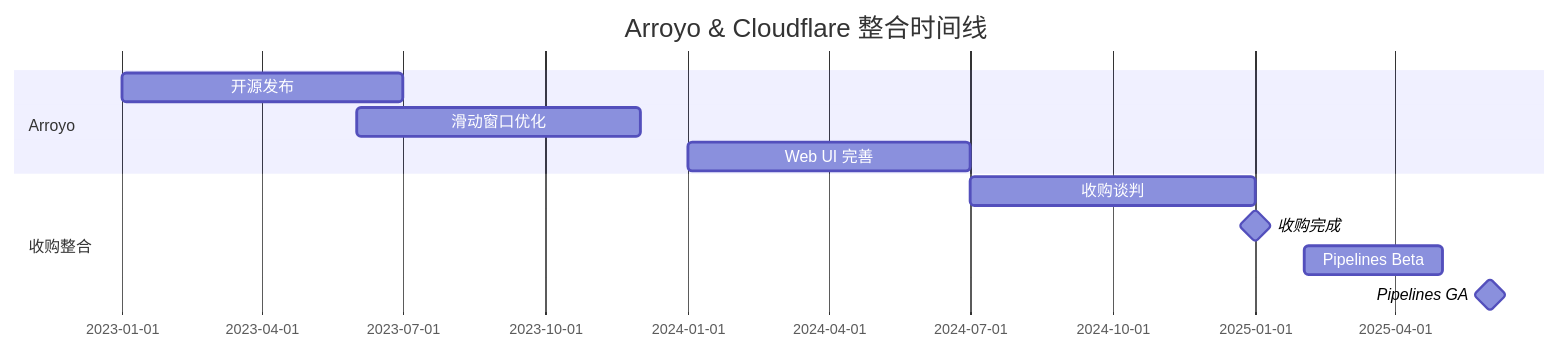
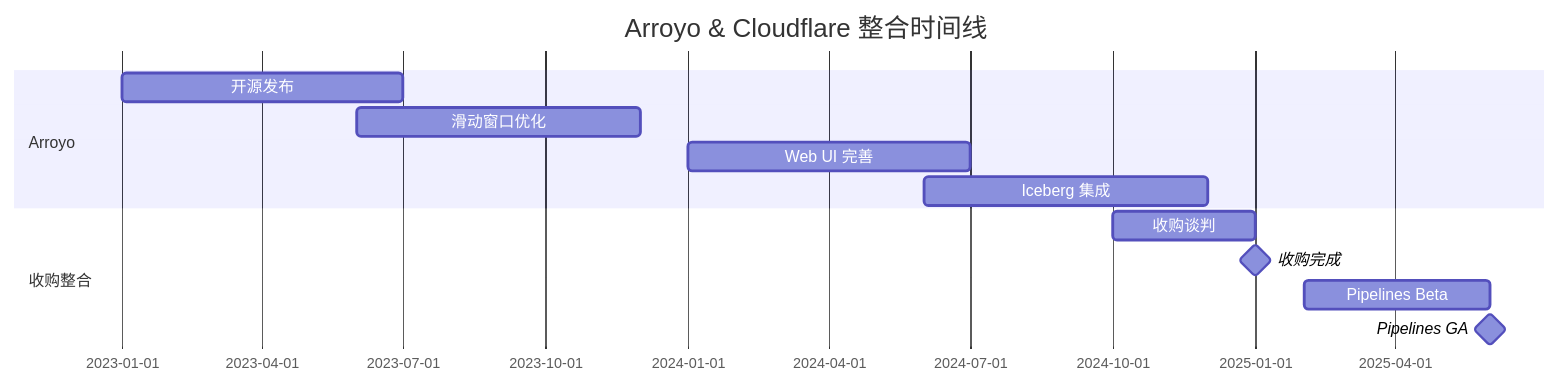
The fifth of 6 diagrams in Knowledge/Flink-Scala-Rust-Comprehensive/04-rust-engines/04.04-arroyo-cloudflare.md (AdaMartin18010/AnalysisDataFlow), drawn with Mermaid before and after one commit. The commit also changed other lines of this file and 20 other files, not shown here.

````diff
--- a/Knowledge/Flink-Scala-Rust-Comprehensive/04-rust-engines/04.04-arroyo-cloudflare.md
+++ b/Knowledge/Flink-Scala-Rust-Comprehensive/04-rust-engines/04.04-arroyo-cloudflare.md
@@ -406,16 +715,17 @@
 ```mermaid
 gantt
     title Arroyo & Cloudflare 整合时间线
     dateFormat YYYY-MM
 
     section Arroyo
     开源发布       :2023-01, 6M
     滑动窗口优化    :2023-06, 6M
     Web UI 完善    :2024-01, 6M
+    Iceberg 集成   :2024-06, 6M
 
     section 收购整合
-    收购谈判       :2024-07, 6M
+    收购谈判       :2024-10, 3M
     收购完成       :milestone, 2025-01, 0d
-    Pipelines Beta :2025-02, 3M
+    Pipelines Beta :2025-02, 4M
     Pipelines GA   :milestone, 2025-06, 0d
 ```
````
